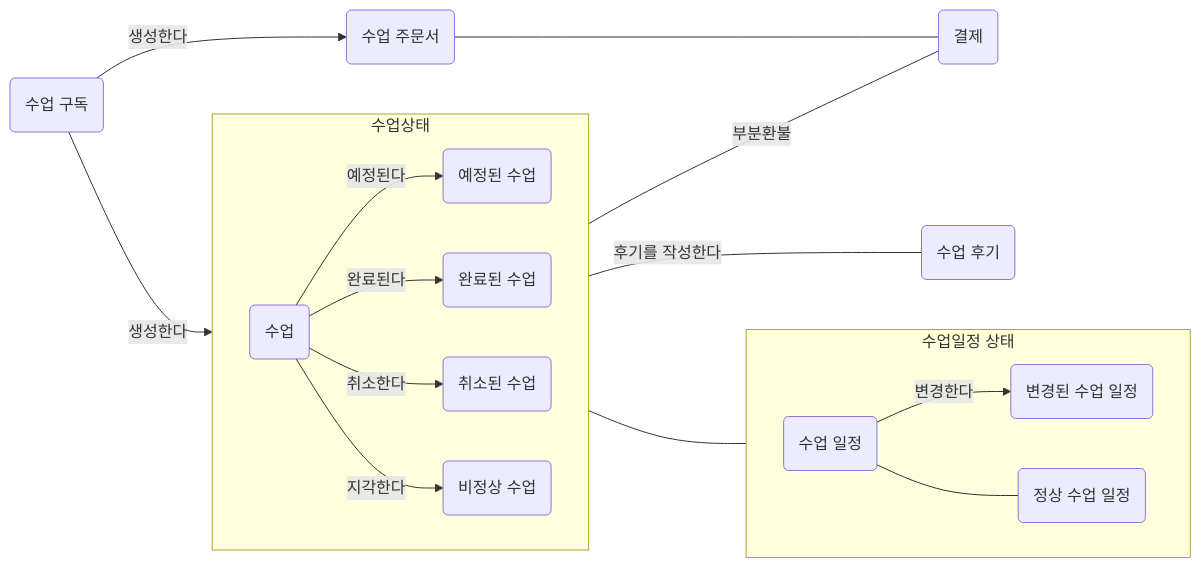
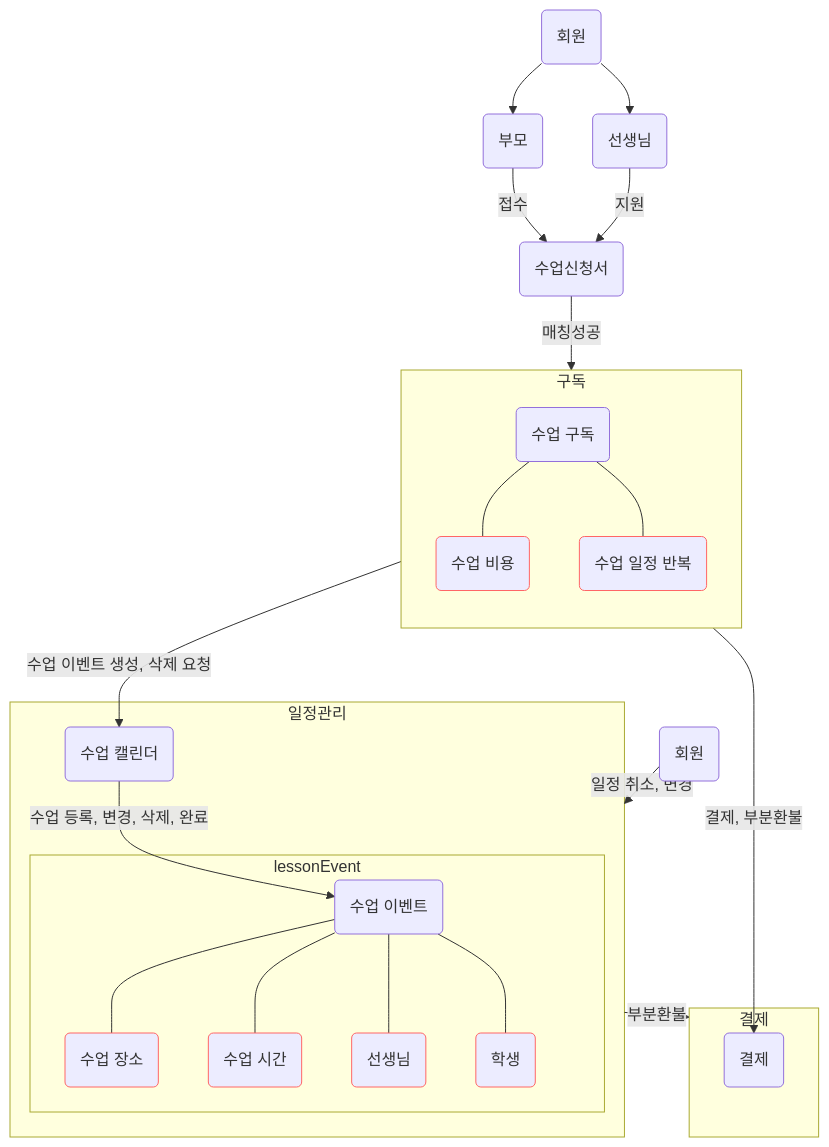
One commit to next-step/career-domain changed the diagram in Domain/domainModel-example.md. Above: the diagram before and after it, drawn with Mermaid. The commit also changed other lines of this file, not shown here.

Commit message:
feat : 도메인 그려보기 2차

````diff
--- a/Domain/domainModel-example.md
+++ b/Domain/domainModel-example.md
@@ -3,39 +3,66 @@
 ```mermaid
-flowchart LR
+flowchart TD
+%% 회원
+    Member(회원)
+    Parent(부모)
+    Teacher(선생님)
 
-    registrationSheet(수업 주문서)
+%% 구독
+    registration(수업신청서)
+    subscription(수업 구독)
 
-    payment(결제)
+%% 수업
+    LessonEvent(수업 이벤트)
+    LessonCalendar(수업 캘린더)
+    LessonPlan(수업 비용)
+    LessonPlace(수업 장소)
+    LessonScheduleRecurring(수업 일정 반복)
+    LessonPayment(결제)
+    LessonTime(수업 시간)
 
-    lesson(수업)
+%% 회원의 신청서 접수
+    Member --> Parent
+    Member --> Teacher
+    Parent -->|접수| registration
+    Teacher -->|지원| registration
 
-    scheduledLesson(예정된 수업)
-    completedLesson(완료된 수업)
-    cancelledLesson(취소된 수업)
-    abnormalLesson(비정상 수업)
+%% 매칭 후 구독 생성
+    registration -->|매칭성공| subscription
 
-    lesson---lessonScheule(수업 일정)
+    subgraph 구독
+        direction TB
+        subscription --- LessonPlan
+        subscription --- LessonScheduleRecurring
 
-    registrationSheet---payment
+    %% style
+        style LessonPlan stroke:#f66
+        style LessonScheduleRecurring stroke:#f66
+    end
 
-    lessionSubscribtion(수업 구독)
-    lessionSubscribtion-->|생성한다|lesson
+    subgraph payment[결제]
+        subscription -->|결제, 부분환불| LessonPayment
+    end
 
-    review(수업 후기)
-    completedLesson---|후기를 작성한다|review
-    lessionSubscribtion-->|생성한다|registrationSheet
-    abnormalLesson---|부분환불|payment
+    subgraph 일정관리
+        subscription -->|수업 이벤트 생성, 삭제 요청| LessonCalendar
+        LessonCalendar -->|수업 등록, 변경, 삭제, 완료| LessonEvent
+        subgraph lessonEvent
+            LessonEvent --- LessonPlace
+            LessonEvent --- LessonTime
+            LessonEvent --- LessonEventTeacher(선생님)
+            LessonEvent --- LessonEventChild(학생)
 
-    subgraph 수업상태
-        direction LR
-        lesson-->|예정된다|scheduledLesson
-        lesson-->|완료된다|completedLesson
-        lesson-->|취소한다|cancelledLesson
-        lesson-->|지각한다|abnormalLesson
+        %% style
+            style LessonPlace stroke:#f66
+            style LessonTime stroke:#f66
+            style LessonEventTeacher stroke:#f66
+            style LessonEventChild stroke:#f66
+        end
     end
-    subgraph 수업일정 상태
-        direction LR
-        lessonScheule-->|변경한다|rescheduledLessonSchedule(변경된 수업 일정)
-        lessonScheule---scheduledLessonScheule(정상 수업 일정)
-    end
+
+%% 회원의 일정 관리
+    member(회원) -->|일정 취소, 변경| 일정관리
+%% 회원의 주문 클레임
+    일정관리 -->|부분환불| payment
+
 ```
````
